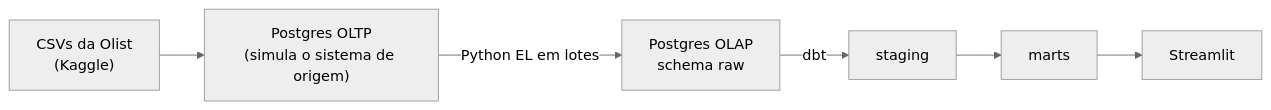
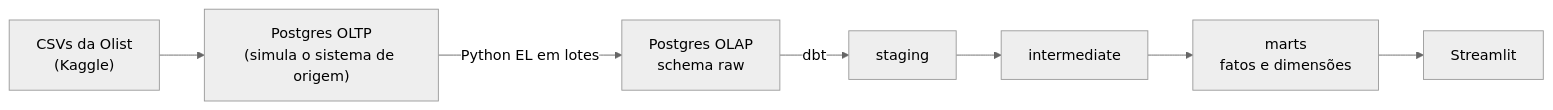
The diagram in README.md (franca-michael/olist-delivery-analytics-dbt), drawn with Mermaid (neutral theme) before and after one commit. The commit also changed other lines of this file and 17 other files, not shown here.

````diff
--- a/README.md
+++ b/README.md
@@ -9,7 +9,7 @@
 ```mermaid
 flowchart LR
     CSV["CSVs da Olist<br/>(Kaggle)"] --> OLTP["Postgres OLTP<br/>(simula o sistema de origem)"]
     OLTP -->|"Python EL em lotes"| RAW["Postgres OLAP<br/>schema raw"]
-    RAW -->|dbt| STG[staging] --> MARTS[marts]
+    RAW -->|dbt| STG[staging] --> INT[intermediate] --> MARTS["marts<br/>fatos e dimensões"]
     MARTS --> DASH[Streamlit]
 ```
````
